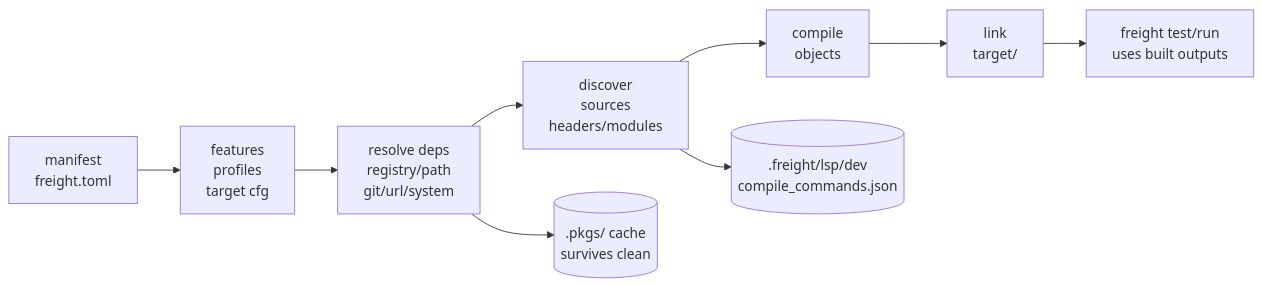
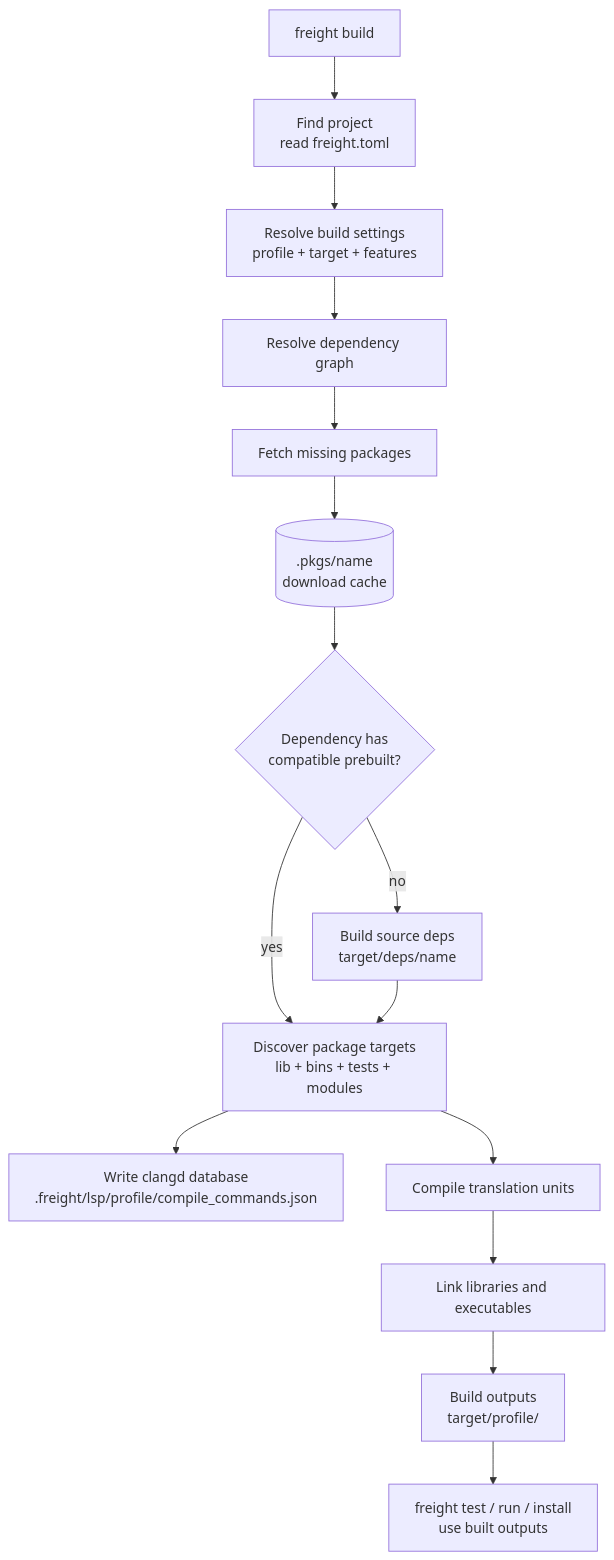
The diagram in diagrams/build-workflow.mmd (freight-app/freight-docs), drawn with Mermaid before and after one commit. The commit also changed 7 other files, not shown here.

Commit message:
docs: clarify process diagrams

```diff
--- a/diagrams/build-workflow.mmd
+++ b/diagrams/build-workflow.mmd
@@ -1,16 +1,22 @@
-flowchart LR
-  manifest["manifest<br/>freight.toml"]
-  features["features<br/>profiles<br/>target cfg"]
-  deps["resolve deps<br/>registry/path<br/>git/url/system"]
-  discover["discover<br/>sources<br/>headers/modules"]
-  compile["compile<br/>objects"]
-  link["link<br/>target/"]
+flowchart TD
+  start["freight build"]
+  manifest["Find project<br/>read freight.toml"]
+  config["Resolve build settings<br/>profile + target + features"]
+  depGraph["Resolve dependency graph"]
+  fetch["Fetch missing packages"]
+  depbuild{"Dependency has<br/>compatible prebuilt?"}
+  sourceDeps["Build source deps<br/>target/deps/name"]
+  compileDb["Write clangd database<br/>.freight/lsp/profile/compile_commands.json"]
+  sources["Discover package targets<br/>lib + bins + tests + modules"]
+  compile["Compile translation units"]
+  link["Link libraries and executables"]
+  outputs["Build outputs<br/>target/profile/"]
+  followup["freight test / run / install<br/>use built outputs"]
 
-  pkgs[(".pkgs/ cache<br/>survives clean")]
-  lsp[(".freight/lsp/dev<br/>compile_commands.json")]
-  run["freight test/run<br/>uses built outputs"]
+  pkgs[(".pkgs/name<br/>download cache")]
 
-  manifest --> features --> deps --> discover --> compile --> link
-  deps --> pkgs
-  discover --> lsp
-  link --> run
+  start --> manifest --> config --> depGraph --> fetch --> pkgs --> depbuild
+  depbuild -- "yes" --> sources
+  depbuild -- "no" --> sourceDeps --> sources
+  sources --> compileDb
+  sources --> compile --> link --> outputs --> followup
```
